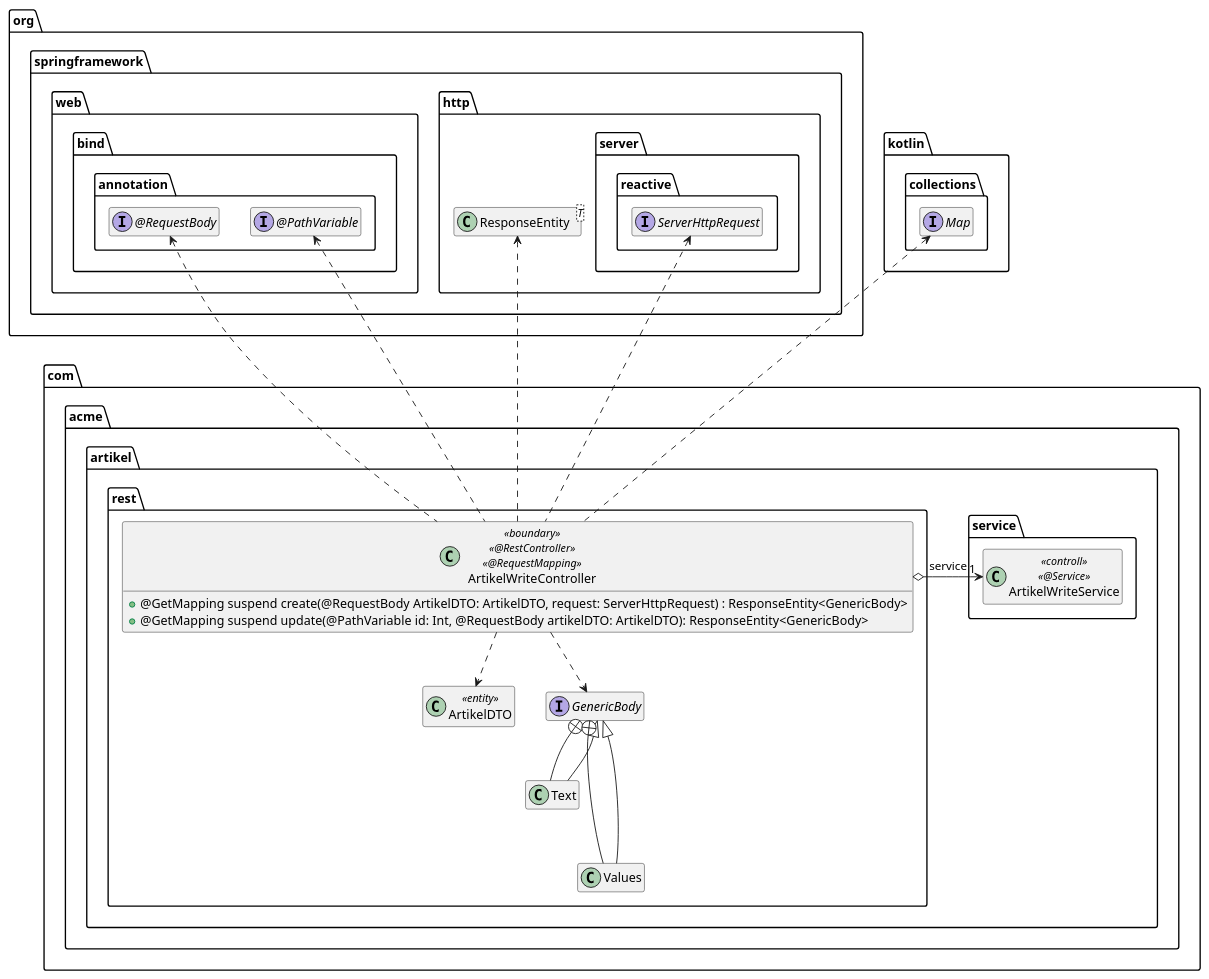
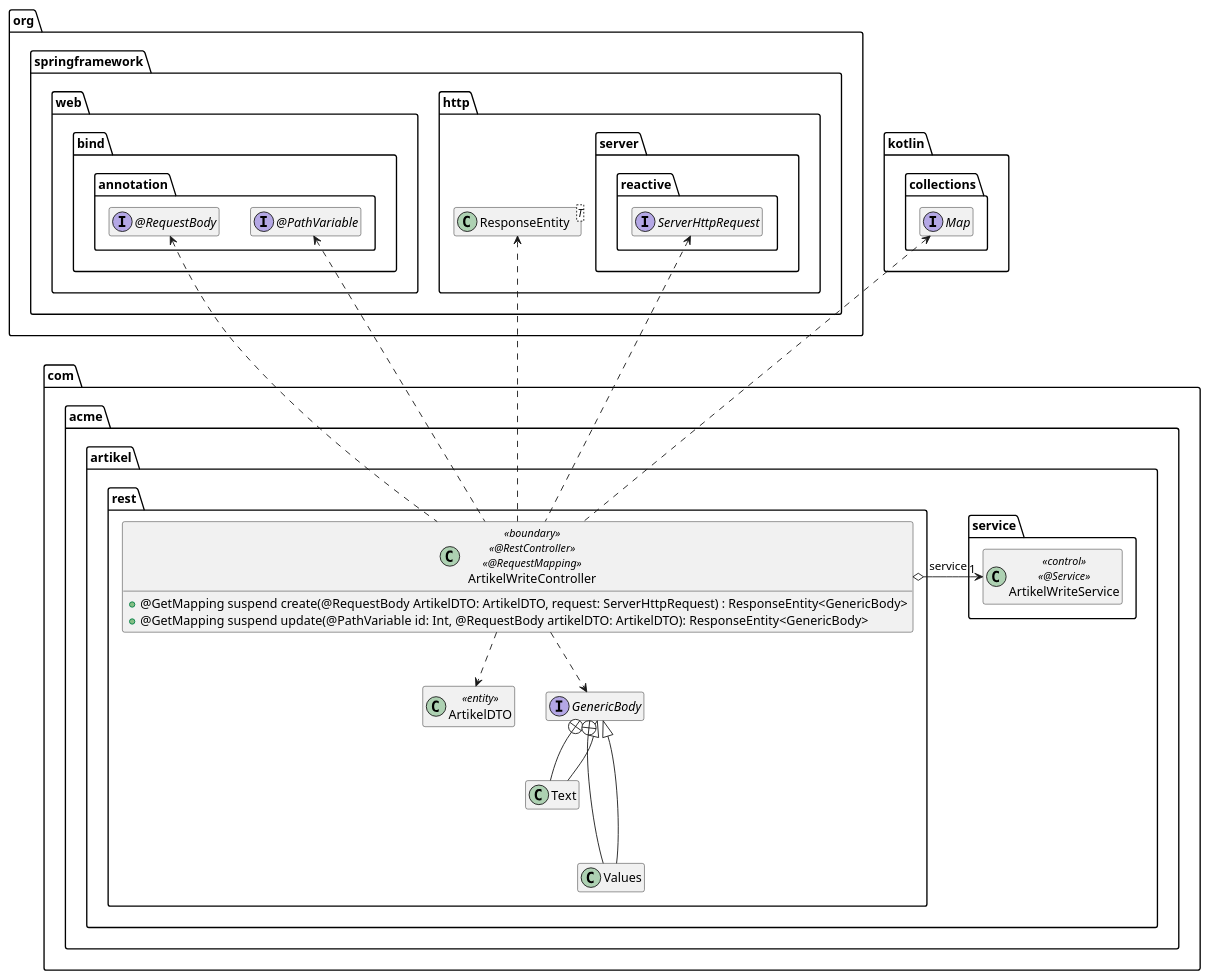
The diagram in extras/doc/ArtikelWriteController.puml (AlexanderStecknitz/Softwarearchitektur-Springframework), drawn with PlantUML before and after one commit. The commit also changed 9 other files, not shown here.

```diff
--- a/extras/doc/ArtikelWriteController.puml
+++ b/extras/doc/ArtikelWriteController.puml
@@ -1,65 +1,65 @@
 @startuml
 
 package org.springframework {
     package web.bind.annotation {
         interface "@PathVariable" as PathVariable
 
         interface "@RequestBody" as RequestBody
     }
 
     package http {
         class ResponseEntity<T>
 
         package server.reactive {
             interface ServerHttpRequest
         }
     }
 }
 
 package kotlin.collections {
     interface Map
 }
 
 package com.acme.artikel {
 
     package service {
-        class ArtikelWriteService << controll >> << @Service >>
+        class ArtikelWriteService << control >> << @Service >>
     }
 
     package rest {
 
         class ArtikelDTO <<entity>>
 
         interface GenericBody
         class Text
         class Values
         GenericBody +-- Text
         GenericBody <|-- Text
         GenericBody +--- Values
         GenericBody <|-- Values
 
         class ArtikelWriteController << boundary >> << @RestController >> << @RequestMapping >> {
             + @GetMapping suspend create(@RequestBody ArtikelDTO: ArtikelDTO, request: ServerHttpRequest) : ResponseEntity<GenericBody>
             + @GetMapping suspend update(@PathVariable id: Int, @RequestBody artikelDTO: ArtikelDTO): ResponseEntity<GenericBody>
         }
 
         ArtikelWriteController o-right-> "1" ArtikelWriteService : service
 
         ArtikelWriteController ..> ArtikelDTO
         ArtikelWriteController ..> GenericBody
 
         ArtikelWriteController .up.> ResponseEntity
         ArtikelWriteController .up.> ServerHttpRequest
 
         ArtikelWriteController .up.> PathVariable
         ArtikelWriteController .up.> RequestBody
 
         ArtikelWriteController .up.> Map
 
     }
 
 }
 
 hide empty members
 
 @enduml
```
